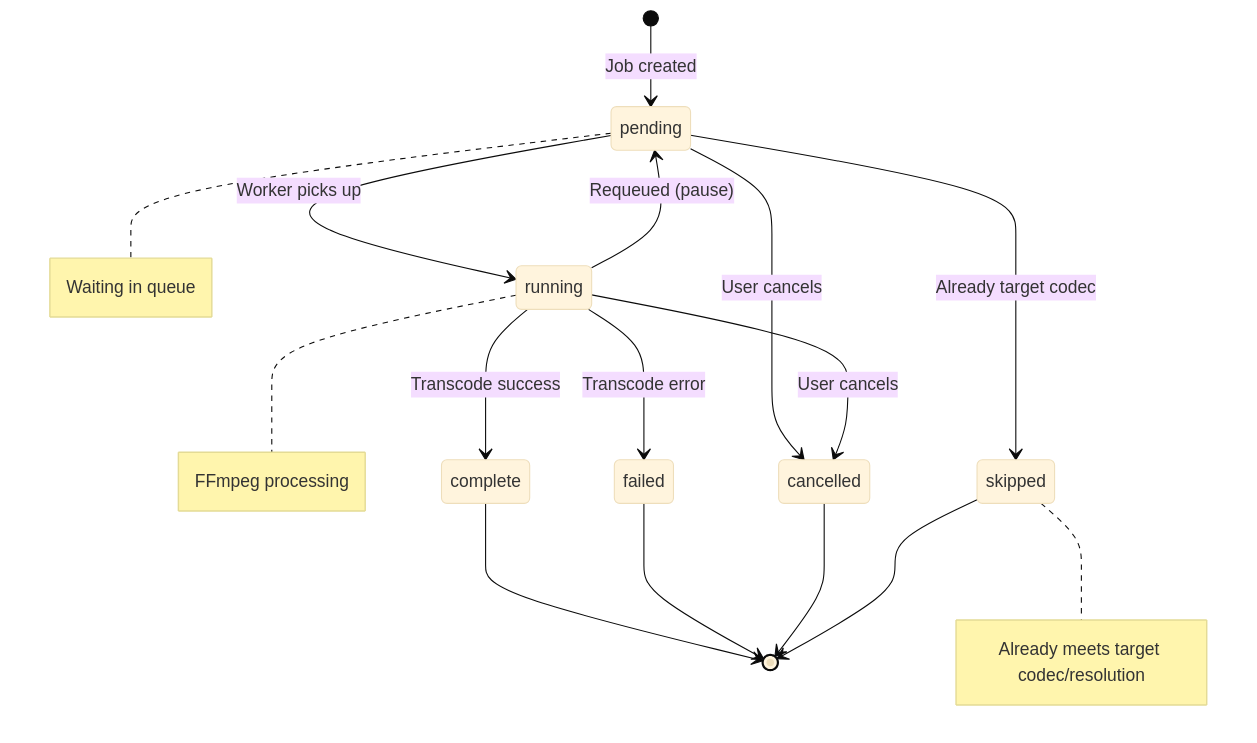
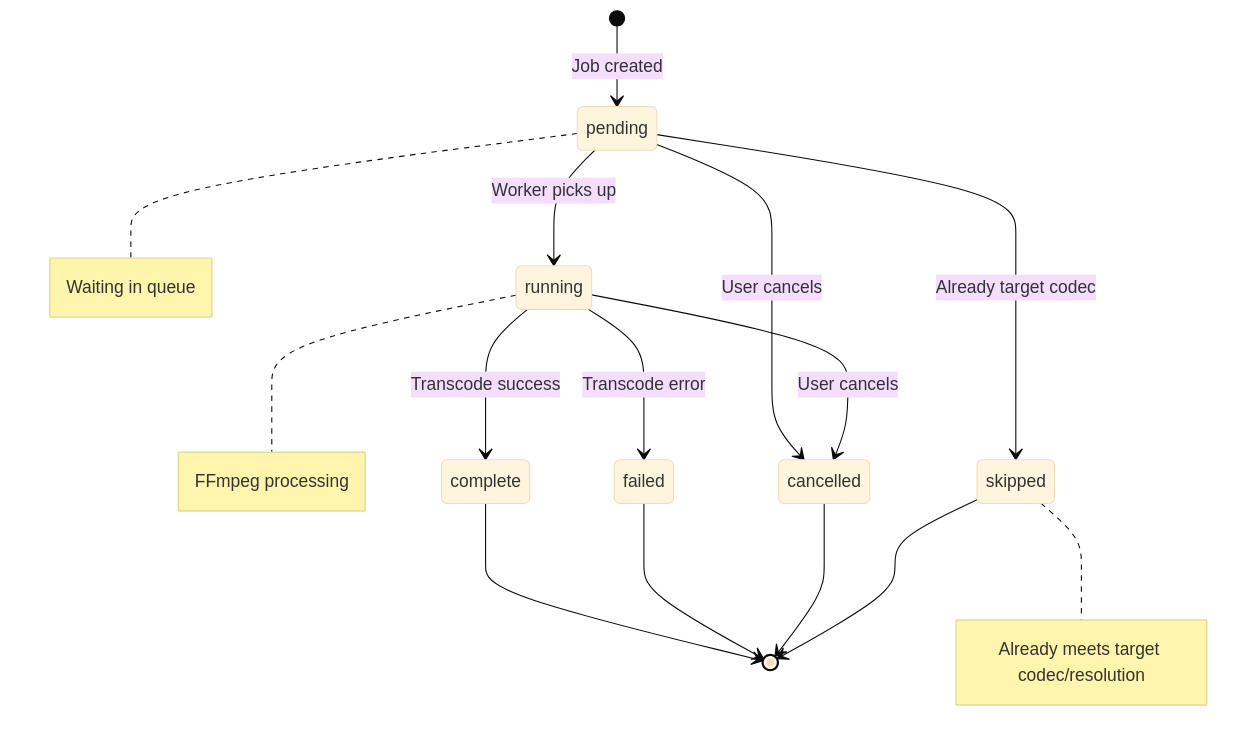
One commit to braydin72/MediaForge changed the first of 4 diagrams in docs/architecture/job-lifecycle.md. Above: the diagram before and after it, drawn with Mermaid (base theme). The commit also changed other lines of this file and 24 other files, not shown here.

````diff
--- a/docs/architecture/job-lifecycle.md
+++ b/docs/architecture/job-lifecycle.md
@@ -7,21 +7,20 @@
 ```mermaid
 stateDiagram-v2
     [*] --> pending: Job created
     pending --> running: Worker picks up
     pending --> cancelled: User cancels
     pending --> skipped: Already target codec
 
     running --> complete: Transcode success
     running --> failed: Transcode error
     running --> cancelled: User cancels
-    running --> pending: Requeued (pause)
 
     complete --> [*]
     failed --> [*]
     cancelled --> [*]
     skipped --> [*]
 
     note right of pending: Waiting in queue
     note right of running: FFmpeg processing
     note right of skipped: Already meets target codec/resolution
 ```
````
